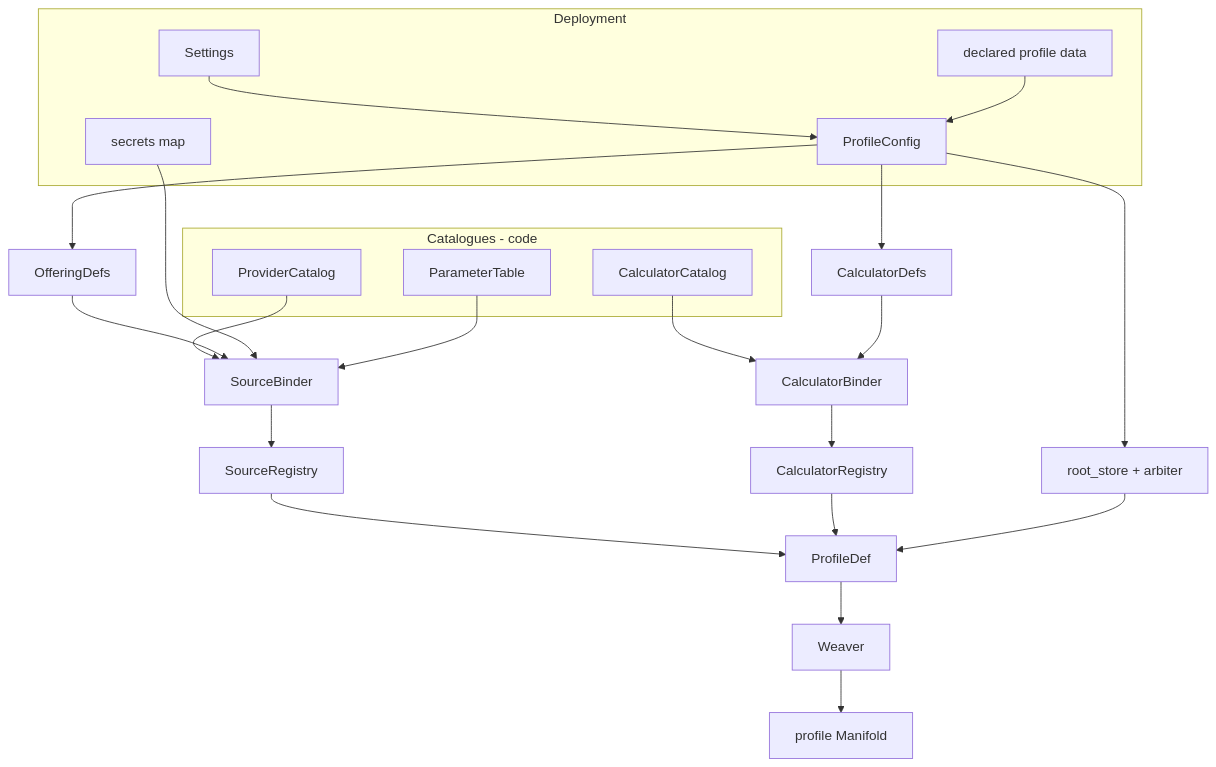
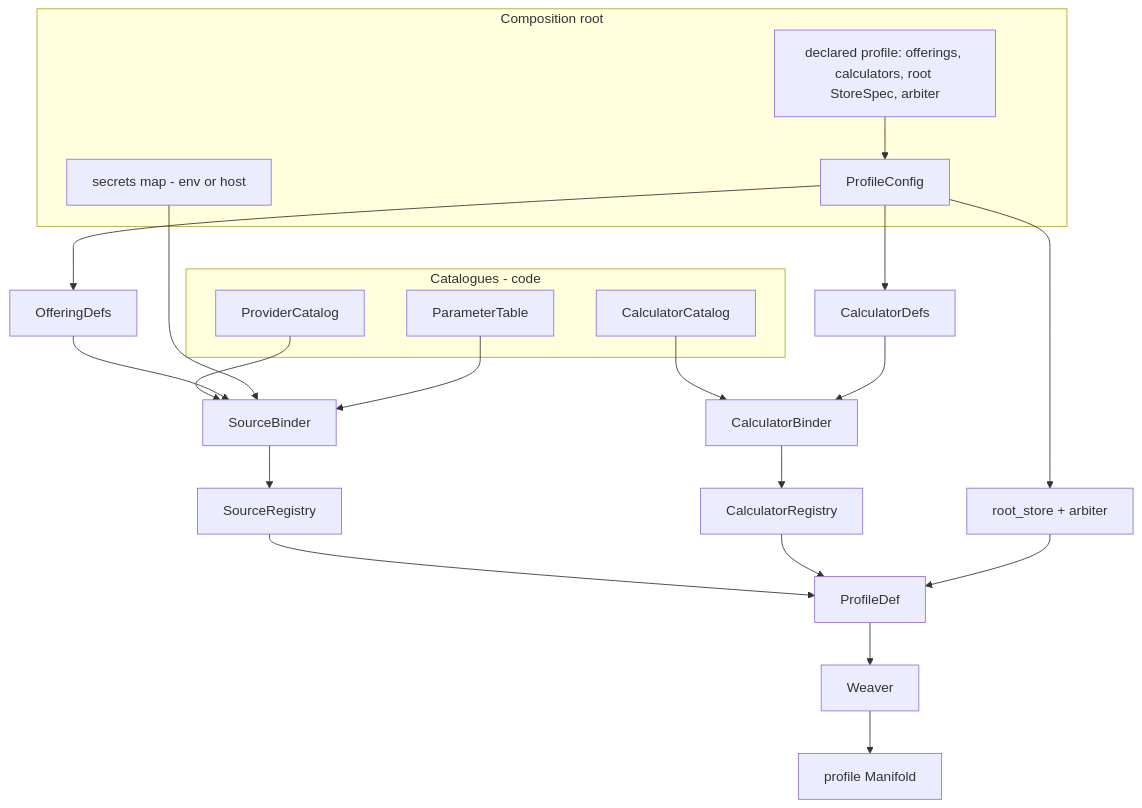
The first of 4 diagrams in docs/adr/0005-build-time-composition.md (dveyarangi/meteoscape), drawn with Mermaid before and after one commit. The commit also changed other lines of this file and 5 other files, not shown here.

First line of the commit message:
DOCS: the profile declares its store, and env's only vocabulary is a secret

````diff
--- a/docs/adr/0005-build-time-composition.md
+++ b/docs/adr/0005-build-time-composition.md
@@ -15,29 +15,28 @@
 ```mermaid
 flowchart TB
   subgraph catalogues [Catalogues - code]
     PC[ProviderCatalog]
     CC[CalculatorCatalog]
     PT[ParameterTable]
   end
-  subgraph deploy [Deployment]
-    Sec[secrets map]
-    Settings --> PC0[ProfileConfig]
-    Decl[declared profile data] --> PC0
+  subgraph deploy [Composition root]
+    Sec[secrets map - env or host]
+    Decl[declared profile: offerings, calculators, root StoreSpec, arbiter] --> PC0[ProfileConfig]
   end
   PC0 --> OD[OfferingDefs]
   PC0 --> CS[CalculatorDefs]
   PC0 --> RS[root_store + arbiter]
   PC --> SB[SourceBinder]
   OD --> SB
   Sec --> SB
   PT --> SB
   SB --> SR[SourceRegistry]
   CC --> CB[CalculatorBinder]
   CS --> CB
   CB --> CR[CalculatorRegistry]
   SR --> PD[ProfileDef]
   CR --> PD
   RS --> PD
   PD --> Weaver
   Weaver --> M[profile Manifold]
 ```
````
